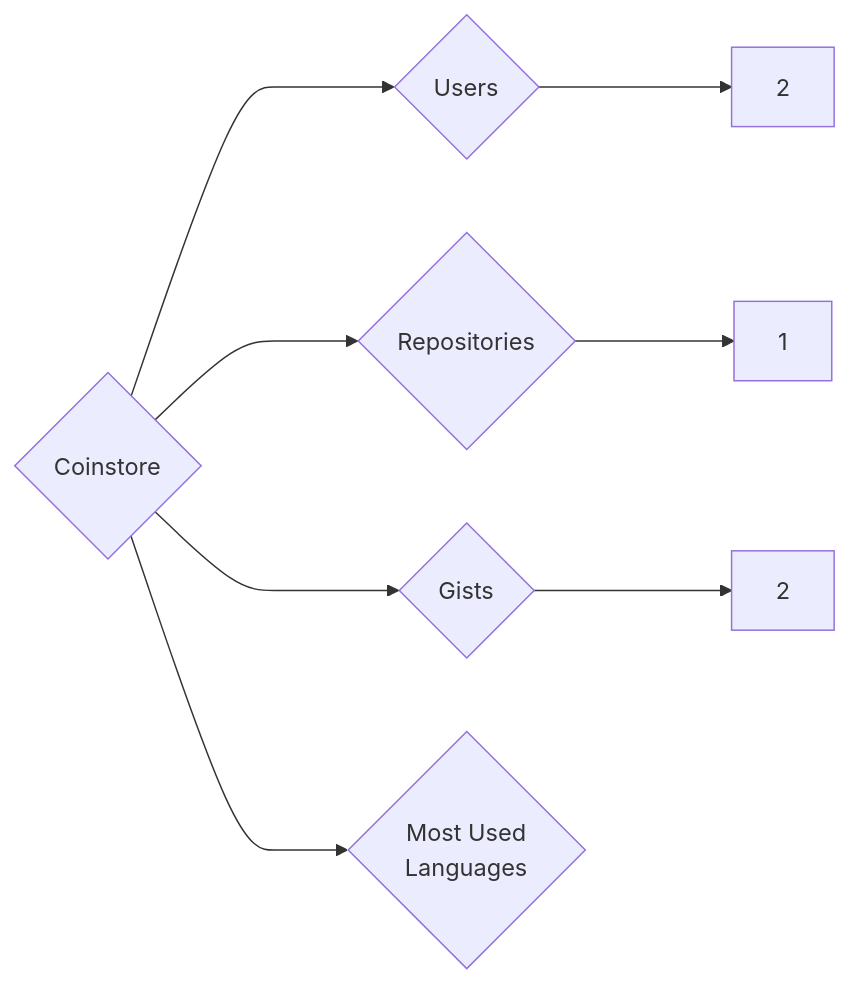
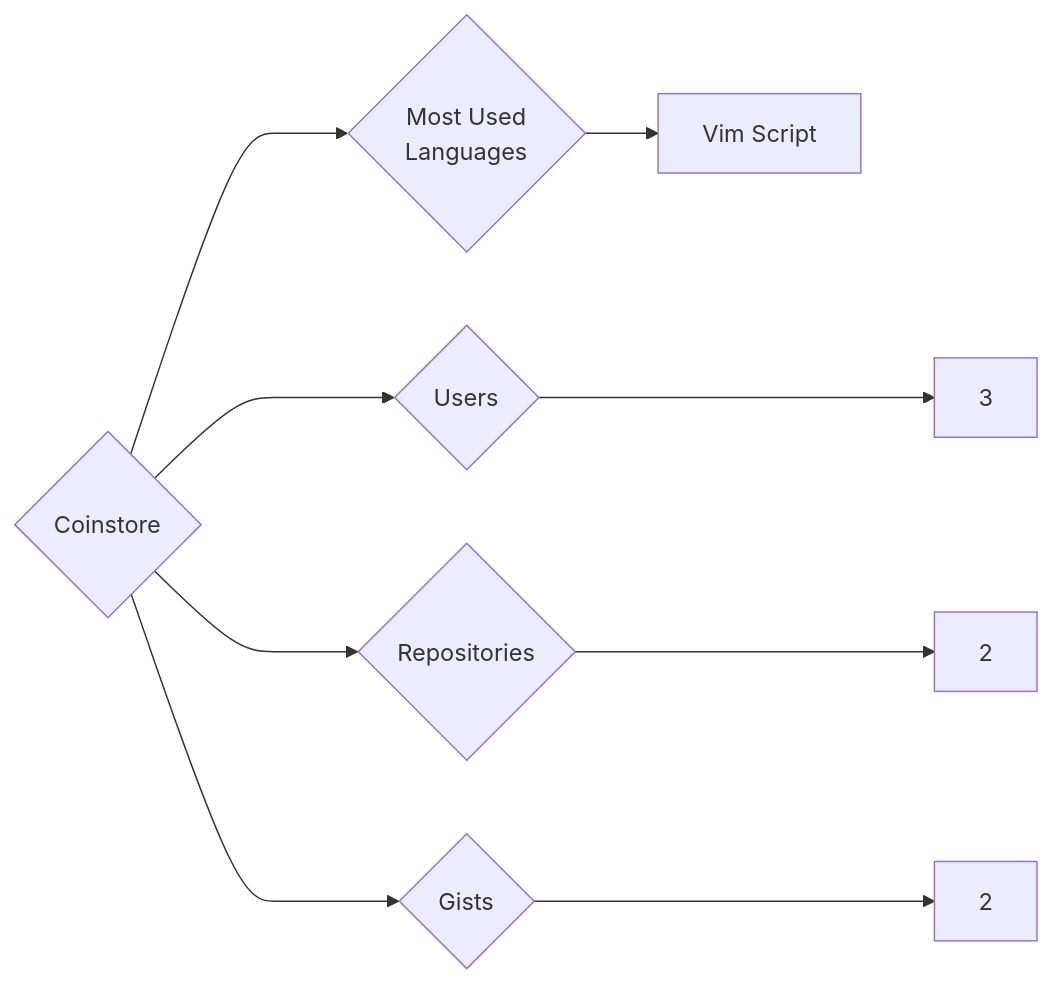
One commit to trickest/insiders changed the diagram in targets/Coinstore/README.md. Above: the diagram before and after it, drawn with Mermaid. The commit also changed 1123 other files, not shown here.

````diff
--- a/targets/Coinstore/README.md
+++ b/targets/Coinstore/README.md
@@ -3,8 +3,9 @@
 ```mermaid
 graph LR
 COMPANY_NAME{Coinstore}
-COMPANY_NAME ---> U{Users} ---> UN[2]
-COMPANY_NAME ---> R{Repositories} ---> RN[1]
+COMPANY_NAME ---> U{Users} ---> UN[3]
+COMPANY_NAME ---> R{Repositories} ---> RN[2]
 COMPANY_NAME ---> G{Gists} ---> GN[2]
 COMPANY_NAME ---> ML{Most Used<br>Languages}
+ML --> Vim_Script[Vim Script]
 ```
````
